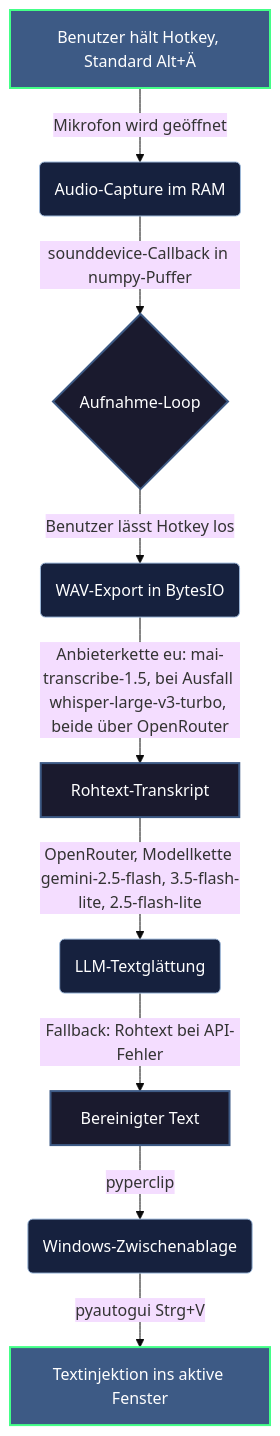
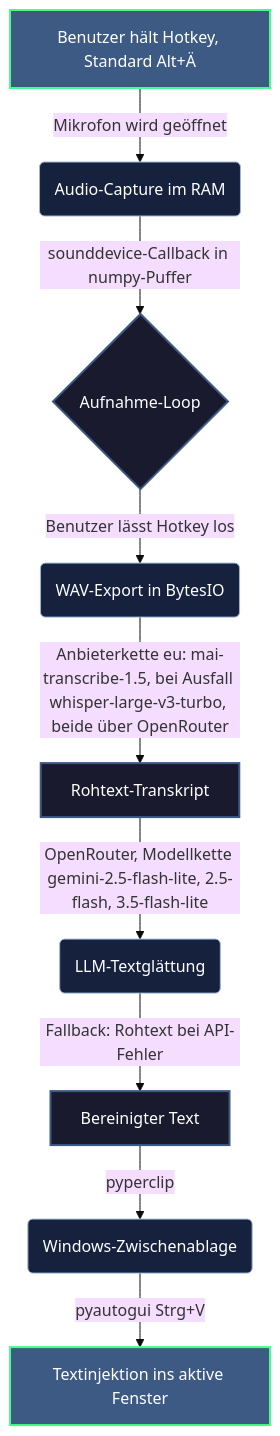
Before and after one commit to HeartledAgentEngineer/it-ot-agentic-engineering: the diagram in 02_Softwareentwicklung_IT/typeFREE/README.md, drawn with Mermaid (base theme). The commit also changed other lines of this file and 3 other files, not shown here.

First line of the commit message:
perf(typefree): Glaettung mit gemini-2.5-flash-lite zuerst (1,3 s statt 2,8 s, guenstiger)

````diff
--- a/02_Softwareentwicklung_IT/typeFREE/README.md
+++ b/02_Softwareentwicklung_IT/typeFREE/README.md
@@ -62,19 +62,19 @@
 ```mermaid
 graph TD
     %% Styling
     classDef default fill:#1a1a2e,stroke:#3d5a85,stroke-width:2px,color:#ffffff;
     classDef process fill:#16213e,stroke:#9db8d9,stroke-width:1px,color:#ffffff;
     classDef highlight fill:#3d5a85,stroke:#44ff88,stroke-width:2px,color:#ffffff;
 
     A[Benutzer hält Hotkey, Standard Alt+Ä] -->|Mikrofon wird geöffnet| B(Audio-Capture im RAM)
     B -->|sounddevice-Callback in numpy-Puffer| C{Aufnahme-Loop}
     C -->|Benutzer lässt Hotkey los| D(WAV-Export in BytesIO)
     D -->|Anbieterkette eu: mai-transcribe-1.5, bei Ausfall whisper-large-v3-turbo, beide über OpenRouter| E[Rohtext-Transkript]
-    E -->|OpenRouter, Modellkette gemini-2.5-flash, 3.5-flash-lite, 2.5-flash-lite| F(LLM-Textglättung)
+    E -->|OpenRouter, Modellkette gemini-2.5-flash-lite, 2.5-flash, 3.5-flash-lite| F(LLM-Textglättung)
     F -->|Fallback: Rohtext bei API-Fehler| G[Bereinigter Text]
     G -->|pyperclip| H(Windows-Zwischenablage)
     H -->|pyautogui Strg+V| I[Textinjektion ins aktive Fenster]
 
     class A,I highlight;
     class B,D,F,H process;
 ```
````
